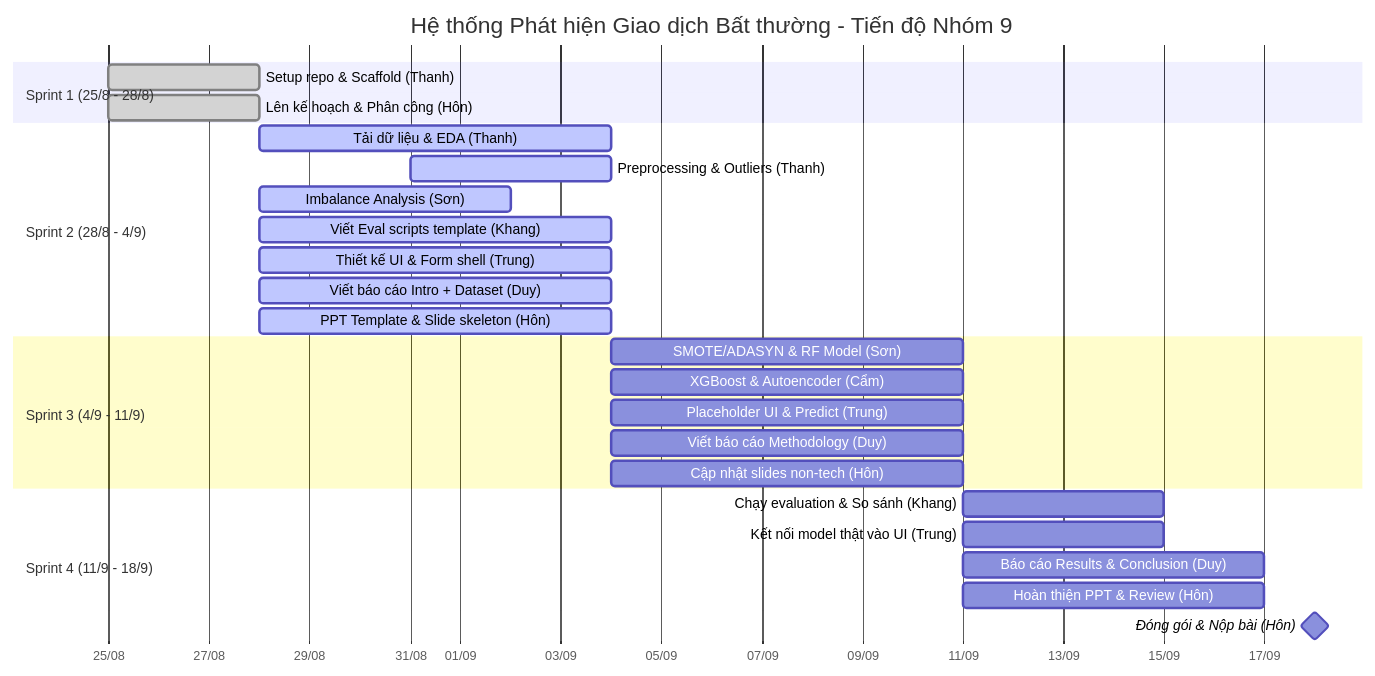
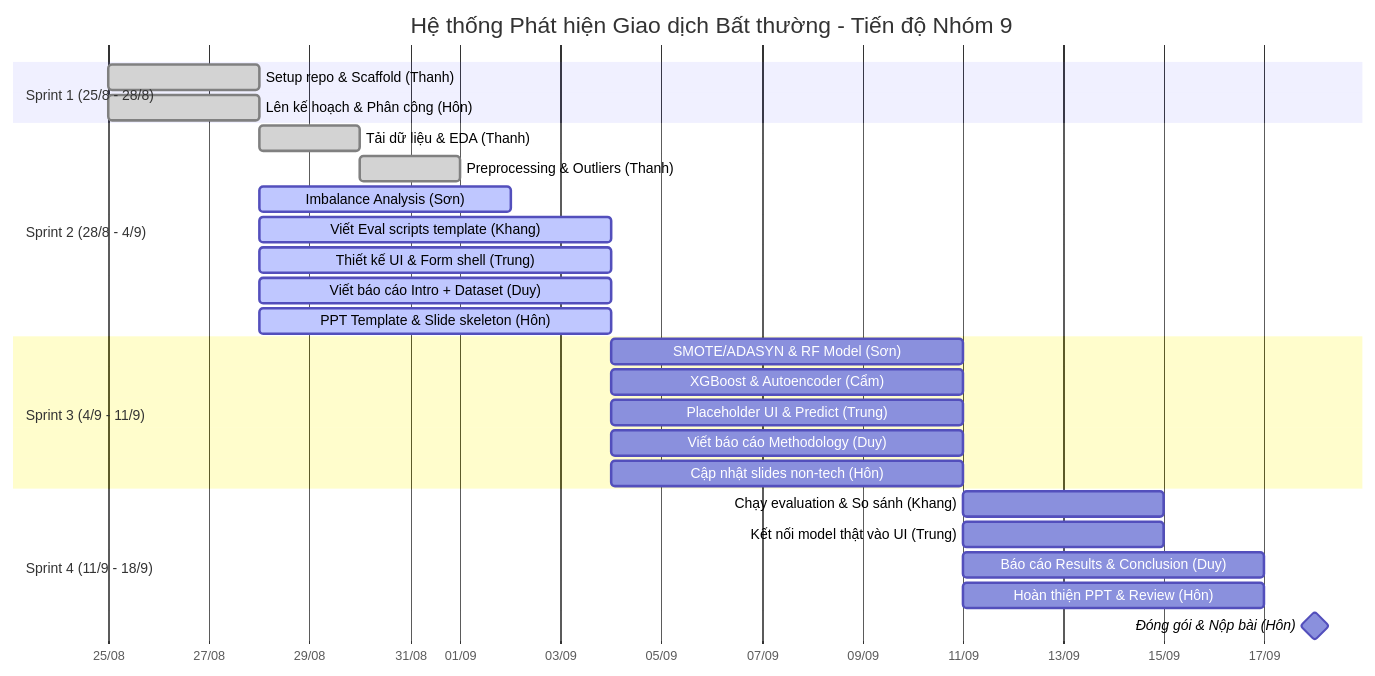
The diagram in draft/fraud-detection/docs/project-roadmap.md (uit-25730067-chithanh/CS106-Team09-Fraud-Detection), drawn with Mermaid before and after one commit. The commit also changed other lines of this file, not shown here.

Commit message:
docs(phase01): update project roadmap for sprint 2 tasks done

````diff
--- a/draft/fraud-detection/docs/project-roadmap.md
+++ b/draft/fraud-detection/docs/project-roadmap.md
@@ -13,34 +13,34 @@
 ```mermaid
 gantt
     title Hệ thống Phát hiện Giao dịch Bất thường - Tiến độ Nhóm 9
     dateFormat  YYYY-MM-DD
     axisFormat  %d/%m
     tickInterval 1w
 
     section Sprint 1 (25/8 - 28/8)
     Setup repo & Scaffold (Thanh)        :done, s1_1, 2026-08-25, 2026-08-28
     Lên kế hoạch & Phân công (Hôn)      :done, s1_2, 2026-08-25, 2026-08-28
 
     section Sprint 2 (28/8 - 4/9)
-    Tải dữ liệu & EDA (Thanh)            :active, s2_1, 2026-08-28, 7d
-    Preprocessing & Outliers (Thanh)     :active, s2_2, 2026-08-31, 4d
+    Tải dữ liệu & EDA (Thanh)            :done, s2_1, 2026-08-28, 2d
+    Preprocessing & Outliers (Thanh)     :done, s2_2, 2026-08-30, 2d
     Imbalance Analysis (Sơn)             :active, s2_3, 2026-08-28, 5d
     Viết Eval scripts template (Khang)   :active, s2_4, 2026-08-28, 7d
     Thiết kế UI & Form shell (Trung)     :active, s2_5, 2026-08-28, 7d
     Viết báo cáo Intro + Dataset (Duy)   :active, s2_6, 2026-08-28, 7d
     PPT Template & Slide skeleton (Hôn)  :active, s2_7, 2026-08-28, 7d
 
     section Sprint 3 (4/9 - 11/9)
     SMOTE/ADASYN & RF Model (Sơn)        :s3_1, 2026-09-04, 7d
     XGBoost & Autoencoder (Cẩm)          :s3_2, 2026-09-04, 7d
     Placeholder UI & Predict (Trung)     :s3_3, 2026-09-04, 7d
     Viết báo cáo Methodology (Duy)       :s3_4, 2026-09-04, 7d
     Cập nhật slides non-tech (Hôn)       :s3_5, 2026-09-04, 7d
 
     section Sprint 4 (11/9 - 18/9)
     Chạy evaluation & So sánh (Khang)   :s4_1, 2026-09-11, 4d
     Kết nối model thật vào UI (Trung)    :s4_2, 2026-09-11, 4d
     Báo cáo Results & Conclusion (Duy)   :s4_3, 2026-09-11, 6d
     Hoàn thiện PPT & Review (Hôn)        :s4_4, 2026-09-11, 6d
     Đóng gói & Nộp bài (Hôn)             :milestone, s4_5, 2026-09-18, 0d
 ```
````
